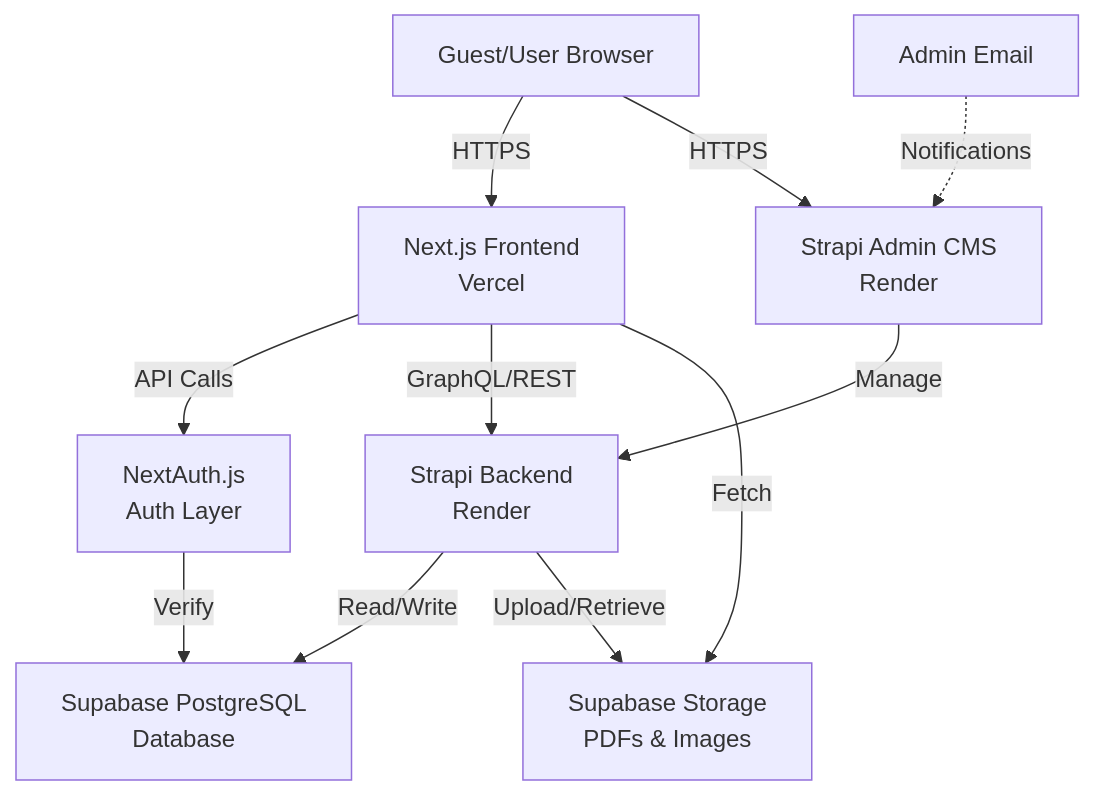
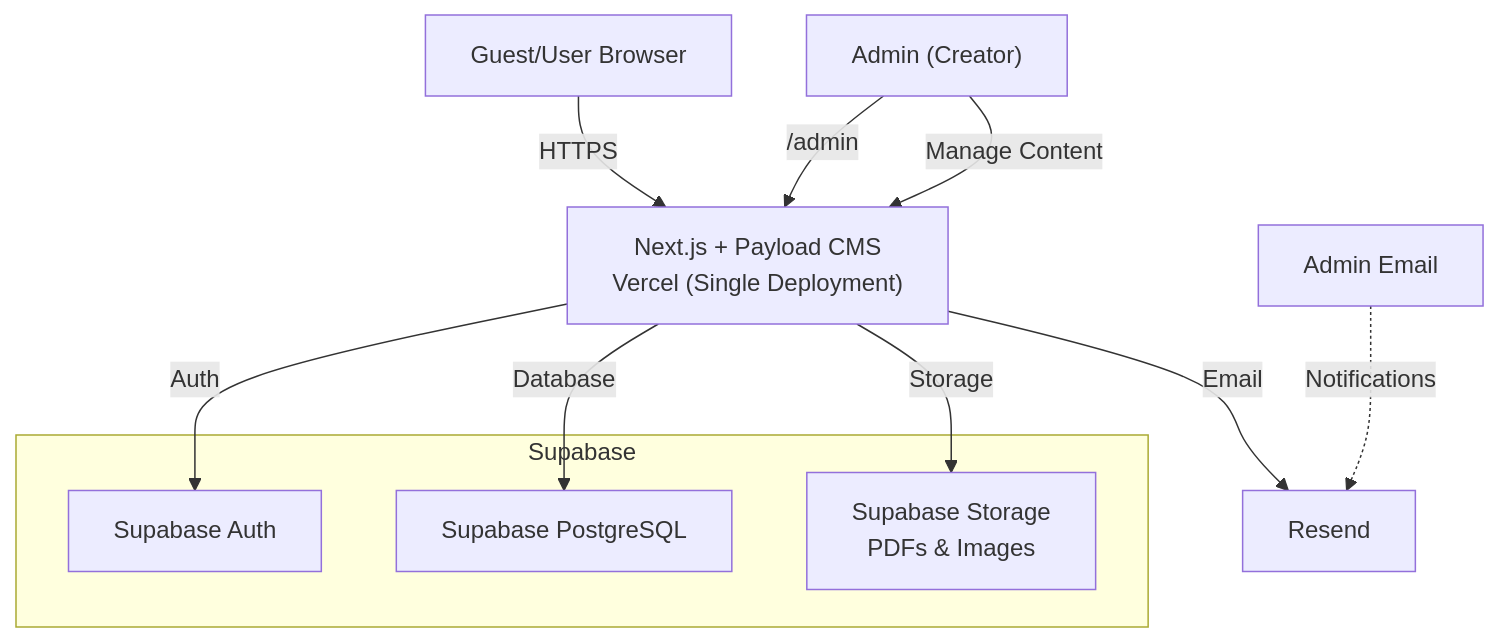
Before and after one commit to nureaknit-source/nureaknit: the first of 3 diagrams in .spec/ARCHITECTURE.md, drawn with Mermaid. The commit also changed other lines of this file and 55 other files, not shown here.

Commit message:
setup payload admin panel

````diff
--- a/.spec/ARCHITECTURE.md
+++ b/.spec/ARCHITECTURE.md
@@ -9,18 +9,20 @@
 ```mermaid
 graph TD
-    A["Guest/User Browser"] -->|HTTPS| B["Next.js Frontend<br/>Vercel"]
-    A -->|HTTPS| C["Strapi Admin CMS<br/>Render"]
-    
-    B -->|API Calls| D["NextAuth.js<br/>Auth Layer"]
-    B -->|GraphQL/REST| E["Strapi Backend<br/>Render"]
-    B -->|Fetch| F["Supabase Storage<br/>PDFs & Images"]
-    
-    C -->|Manage| E
-    
-    E -->|Read/Write| I["Supabase PostgreSQL<br/>Database"]
-    E -->|Upload/Retrieve| F
-    
-    D -->|Verify| I
-    
-    K["Admin Email"] -.->|Notifications| C
+    A["Guest/User Browser"] -->|HTTPS| B["Next.js + Payload CMS<br/>Vercel (Single Deployment)"]
+
+    B -->|Auth| C["Supabase Auth"]
+    B -->|Database| D["Supabase PostgreSQL"]
+    B -->|Storage| E["Supabase Storage<br/>PDFs & Images"]
+    B -->|Email| F["Resend"]
+
+    G["Admin (Creator)"] -->|/admin| B
+    G -->|Manage Content| B
+
+    H["Admin Email"] -.->|Notifications| F
+
+    subgraph "Supabase"
+        C
+        D
+        E
+    end
 ```
````
